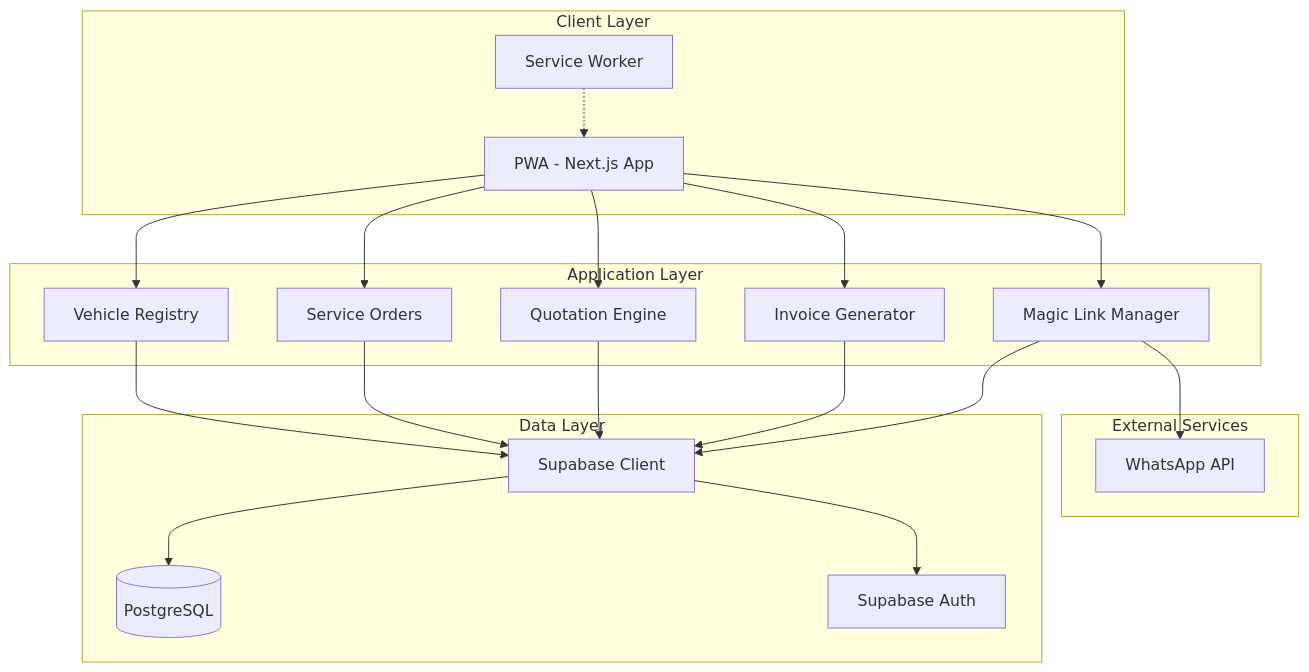
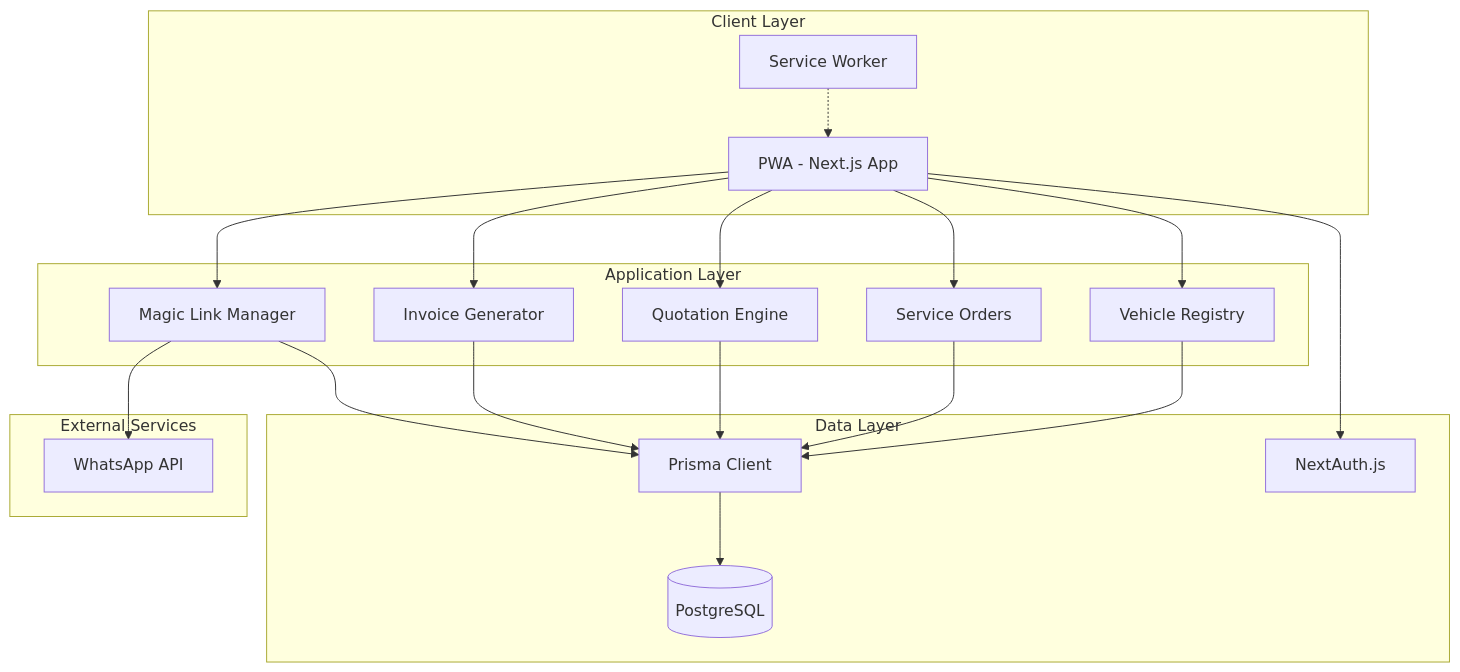
Before and after one commit to Huevaldinho/TallerCR_Kiro: the diagram in .kiro/specs/taller-cr-mvp/design.md, drawn with Mermaid. The commit also changed other lines of this file and 4 other files, not shown here.

First line of the commit message:
refactor: replace Supabase with PostgreSQL + Prisma + NextAuth

````diff
--- a/.kiro/specs/taller-cr-mvp/design.md
+++ b/.kiro/specs/taller-cr-mvp/design.md
@@ -20,44 +20,44 @@
 ```mermaid
 graph TB
     subgraph "Client Layer"
         PWA[PWA - Next.js App]
         SW[Service Worker]
     end
     
     subgraph "Application Layer"
         VR[Vehicle Registry]
         SO[Service Orders]
         QE[Quotation Engine]
         IG[Invoice Generator]
         ML[Magic Link Manager]
     end
     
     subgraph "Data Layer"
-        SB[Supabase Client]
+        PRISMA[Prisma Client]
         DB[(PostgreSQL)]
-        AUTH[Supabase Auth]
+        AUTH[NextAuth.js]
     end
     
     subgraph "External Services"
         WA[WhatsApp API]
     end
     
     PWA --> VR
     PWA --> SO
     PWA --> QE
     PWA --> IG
     PWA --> ML
     
-    VR --> SB
-    SO --> SB
-    QE --> SB
-    IG --> SB
-    ML --> SB
+    VR --> PRISMA
+    SO --> PRISMA
+    QE --> PRISMA
+    IG --> PRISMA
+    ML --> PRISMA
     
-    SB --> DB
-    SB --> AUTH
+    PRISMA --> DB
+    PWA --> AUTH
     
     ML --> WA
     
     SW -.-> PWA
 ```
````
